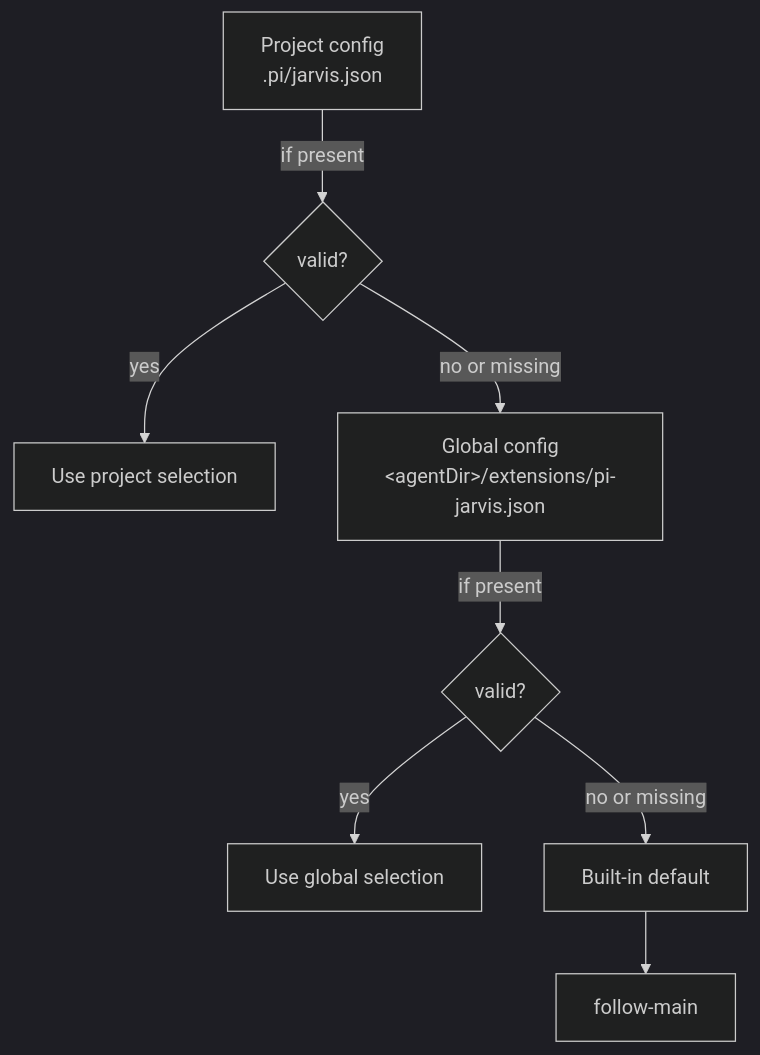
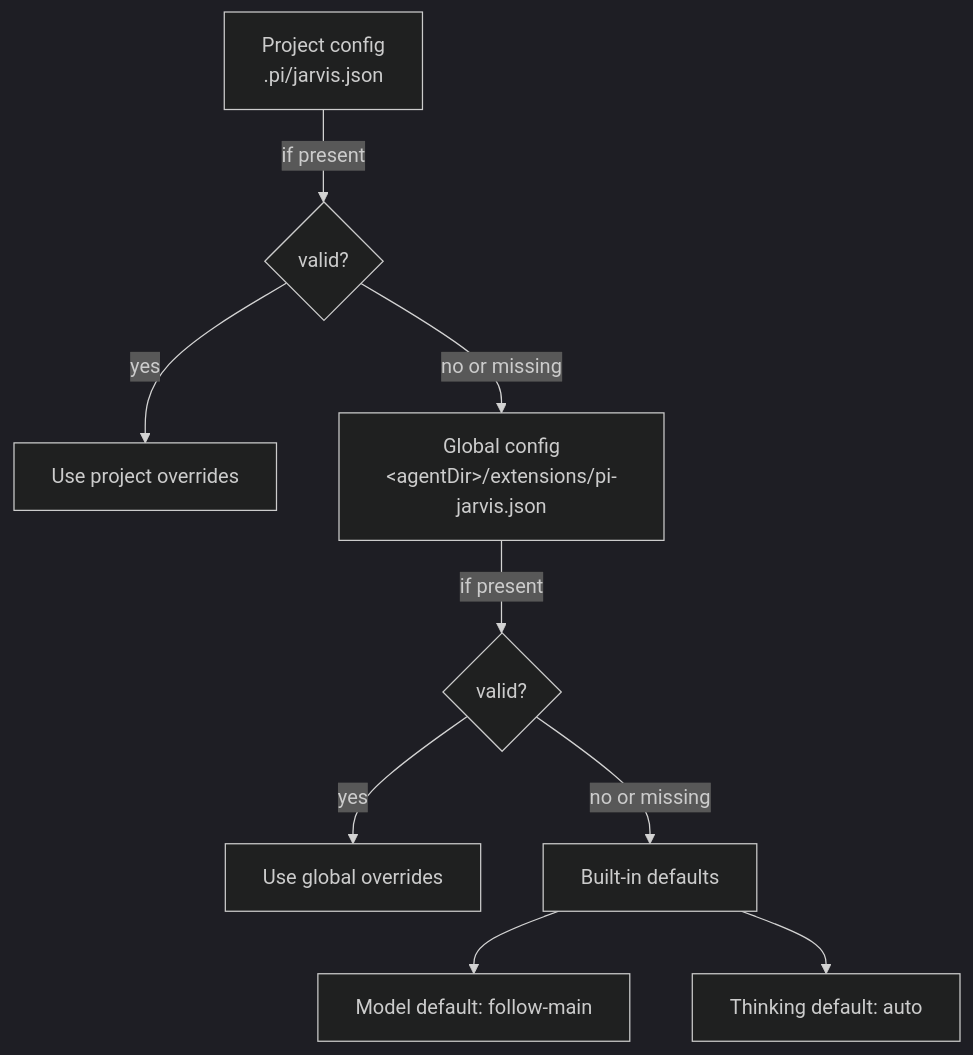
The third of 5 diagrams in README.md (fluxgear/pi-jarvis), drawn with Mermaid (dark theme) before and after one commit. The commit also changed other lines of this file and 9 other files, not shown here.

````diff
--- a/README.md
+++ b/README.md
@@ -192,10 +194,11 @@
 ```mermaid
 flowchart TD
     A[Project config\n.pi/jarvis.json] -->|if present| B{valid?}
-    B -->|yes| P[Use project selection]
+    B -->|yes| P[Use project overrides]
     B -->|no or missing| C[Global config\n&lt;agentDir&gt;/extensions/pi-jarvis.json]
     C -->|if present| D{valid?}
-    D -->|yes| G[Use global selection]
-    D -->|no or missing| E[Built-in default]
-    E --> F[follow-main]
+    D -->|yes| G[Use global overrides]
+    D -->|no or missing| E[Built-in defaults]
+    E --> F[Model default: follow-main]
+    E --> H[Thinking default: auto]
 ```
````
